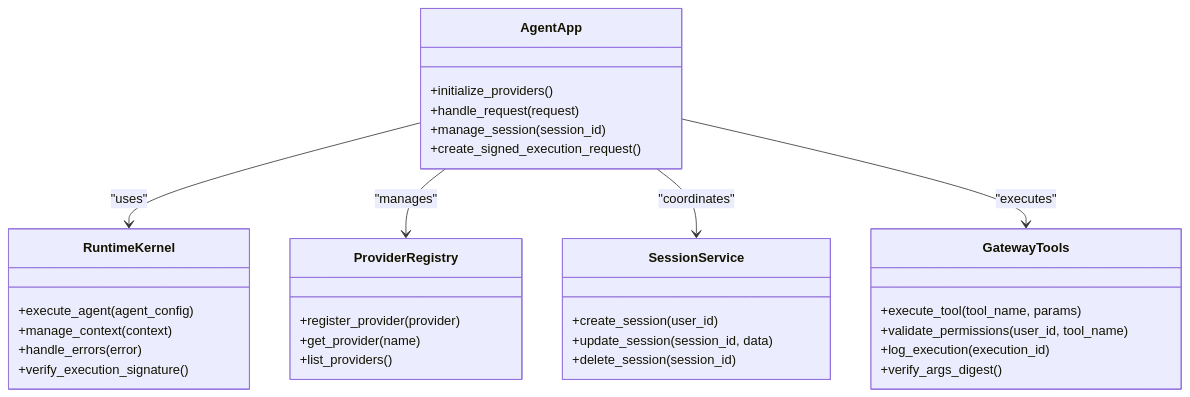
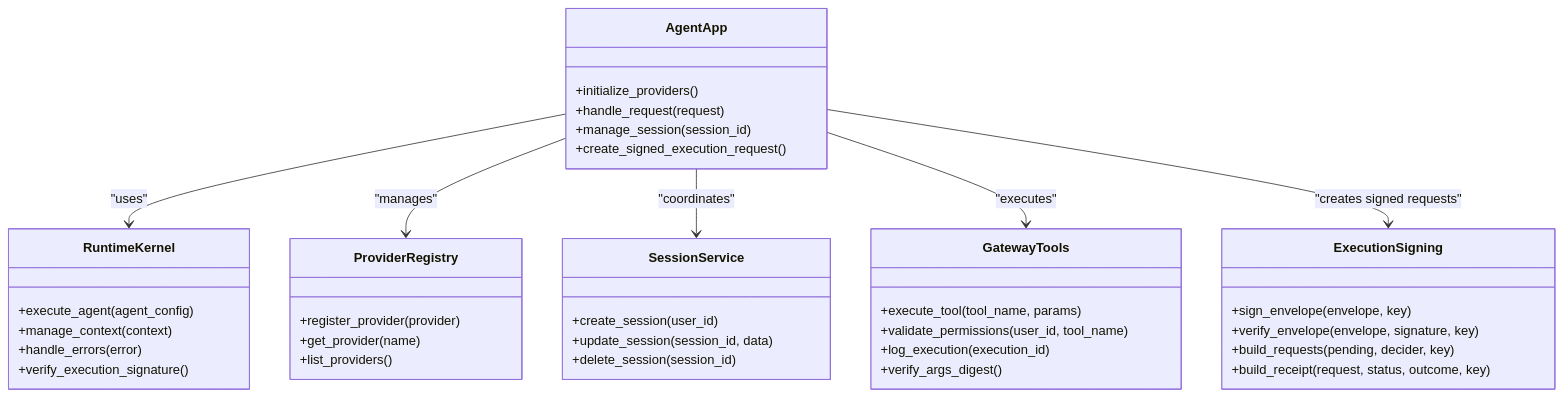
The third of 8 diagrams in .qoder/repowiki/en/content/Project Overview.md (metasync/luban-aiops), drawn with Mermaid before and after one commit. The commit also changed other lines of this file and 5 other files, not shown here.

````diff
--- a/.qoder/repowiki/en/content/Project Overview.md
+++ b/.qoder/repowiki/en/content/Project Overview.md
@@ -204,35 +227,42 @@
 ```mermaid
 classDiagram
 class AgentApp {
 +initialize_providers()
 +handle_request(request)
 +manage_session(session_id)
 +create_signed_execution_request()
 }
 class RuntimeKernel {
 +execute_agent(agent_config)
 +manage_context(context)
 +handle_errors(error)
 +verify_execution_signature()
 }
 class ProviderRegistry {
 +register_provider(provider)
 +get_provider(name)
 +list_providers()
 }
 class SessionService {
 +create_session(user_id)
 +update_session(session_id, data)
 +delete_session(session_id)
 }
 class GatewayTools {
 +execute_tool(tool_name, params)
 +validate_permissions(user_id, tool_name)
 +log_execution(execution_id)
 +verify_args_digest()
 }
+class ExecutionSigning {
++sign_envelope(envelope, key)
++verify_envelope(envelope, signature, key)
++build_requests(pending, decider, key)
++build_receipt(request, status, outcome, key)
+}
 AgentApp --> RuntimeKernel : "uses"
 AgentApp --> ProviderRegistry : "manages"
 AgentApp --> SessionService : "coordinates"
 AgentApp --> GatewayTools : "executes"
+AgentApp --> ExecutionSigning : "creates signed requests"
 ```
````
